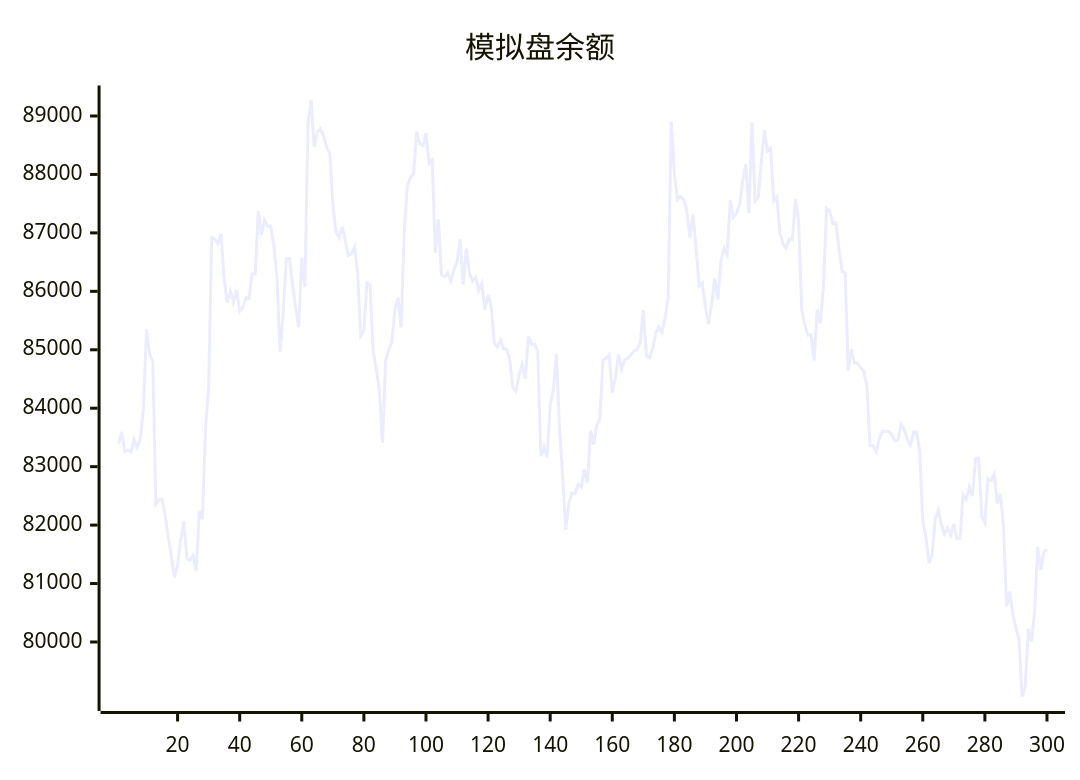
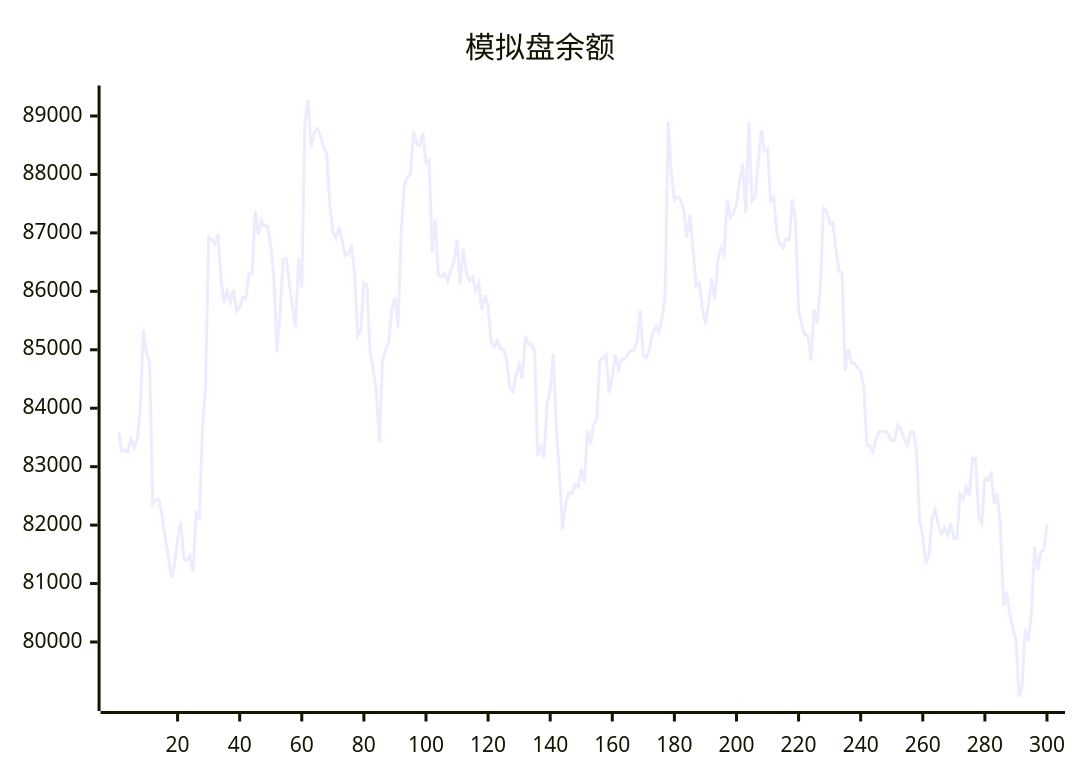
Before and after one commit to aahl/ai-trading: the diagram in README.md, drawn with Mermaid. The commit also changed other lines of this file and 1 other file, not shown here.

````diff
--- a/README.md
+++ b/README.md
@@ -5,5 +5,5 @@
 ```mermaid
 xychart
     title "模拟盘余额"
-    line [83396,83594,83261,83287,83253,83470,83327,83465,83987,85348,84930,84786,82355,82433,82438,82167,81795,81466,81105,81315,81756,82064,81426,81398,81481,81210,82242,82099,83658,84359,86925,86892,86814,86980,86203,85802,86003,85811,86028,85657,85721,85896,85880,86300,86299,87378,86965,87214,87115,87118,86780,86238,84966,85623,86555,86562,86129,85722,85387,86569,86070,88870,89278,88477,88720,88781,88668,88467,88372,87493,87018,86917,87102,86870,86613,86644,86758,86317,85242,85334,86149,86106,84968,84671,84302,83410,84816,85001,85127,85693,85891,85384,87001,87811,87945,88007,88734,88528,88495,88705,88189,88248,86662,87234,86279,86251,86314,86177,86364,86503,86886,86114,86731,86310,86176,86240,86017,86136,85685,85938,85749,85111,85044,85164,85016,85008,84824,84354,84287,84572,84745,84500,85234,85096,85095,84970,83180,83338,83157,84070,84309,84922,83667,82850,81924,82369,82552,82539,82695,82648,82962,82728,83619,83378,83710,83825,84819,84854,84917,84265,84527,84919,84668,84834,84850,84916,84981,85004,85131,85674,84891,84864,85019,85284,85393,85294,85538,85894,88904,88012,87567,87625,87568,87386,86920,87313,86737,86094,86143,85725,85437,85787,86219,85859,86526,86740,86630,87563,87264,87335,87483,87886,88180,87335,88894,87544,87608,88207,88755,88401,88444,87543,87608,87000,86810,86740,86894,86884,87576,87209,85686,85435,85251,85255,84820,85689,85453,86066,87420,87373,87161,87178,86740,86341,86315,84643,85012,84772,84768,84690,84635,84376,83360,83357,83259,83474,83608,83606,83602,83548,83440,83454,83724,83644,83464,83365,83590,83592,83275,82072,81806,81344,81492,82109,82254,82006,81848,81955,81829,82022,81769,81776,82522,82441,82656,82498,83144,83144,82150,82038,82797,82763,82872,82367,82536,81981,80612,80862,80484,80242,80034,79063,79245,80226,80016,80507,81625,81233,81544,81578]
+    line [83594,83261,83287,83253,83470,83327,83465,83987,85348,84930,84786,82355,82433,82438,82167,81795,81466,81105,81315,81756,82064,81426,81398,81481,81210,82242,82099,83658,84359,86925,86892,86814,86980,86203,85802,86003,85811,86028,85657,85721,85896,85880,86300,86299,87378,86965,87214,87115,87118,86780,86238,84966,85623,86555,86562,86129,85722,85387,86569,86070,88870,89278,88477,88720,88781,88668,88467,88372,87493,87018,86917,87102,86870,86613,86644,86758,86317,85242,85334,86149,86106,84968,84671,84302,83410,84816,85001,85127,85693,85891,85384,87001,87811,87945,88007,88734,88528,88495,88705,88189,88248,86662,87234,86279,86251,86314,86177,86364,86503,86886,86114,86731,86310,86176,86240,86017,86136,85685,85938,85749,85111,85044,85164,85016,85008,84824,84354,84287,84572,84745,84500,85234,85096,85095,84970,83180,83338,83157,84070,84309,84922,83667,82850,81924,82369,82552,82539,82695,82648,82962,82728,83619,83378,83710,83825,84819,84854,84917,84265,84527,84919,84668,84834,84850,84916,84981,85004,85131,85674,84891,84864,85019,85284,85393,85294,85538,85894,88904,88012,87567,87625,87568,87386,86920,87313,86737,86094,86143,85725,85437,85787,86219,85859,86526,86740,86630,87563,87264,87335,87483,87886,88180,87335,88894,87544,87608,88207,88755,88401,88444,87543,87608,87000,86810,86740,86894,86884,87576,87209,85686,85435,85251,85255,84820,85689,85453,86066,87420,87373,87161,87178,86740,86341,86315,84643,85012,84772,84768,84690,84635,84376,83360,83357,83259,83474,83608,83606,83602,83548,83440,83454,83724,83644,83464,83365,83590,83592,83275,82072,81806,81344,81492,82109,82254,82006,81848,81955,81829,82022,81769,81776,82522,82441,82656,82498,83144,83144,82150,82038,82797,82763,82872,82367,82536,81981,80612,80862,80484,80242,80034,79063,79245,80226,80016,80507,81625,81233,81544,81578,82016]
 ```
````
